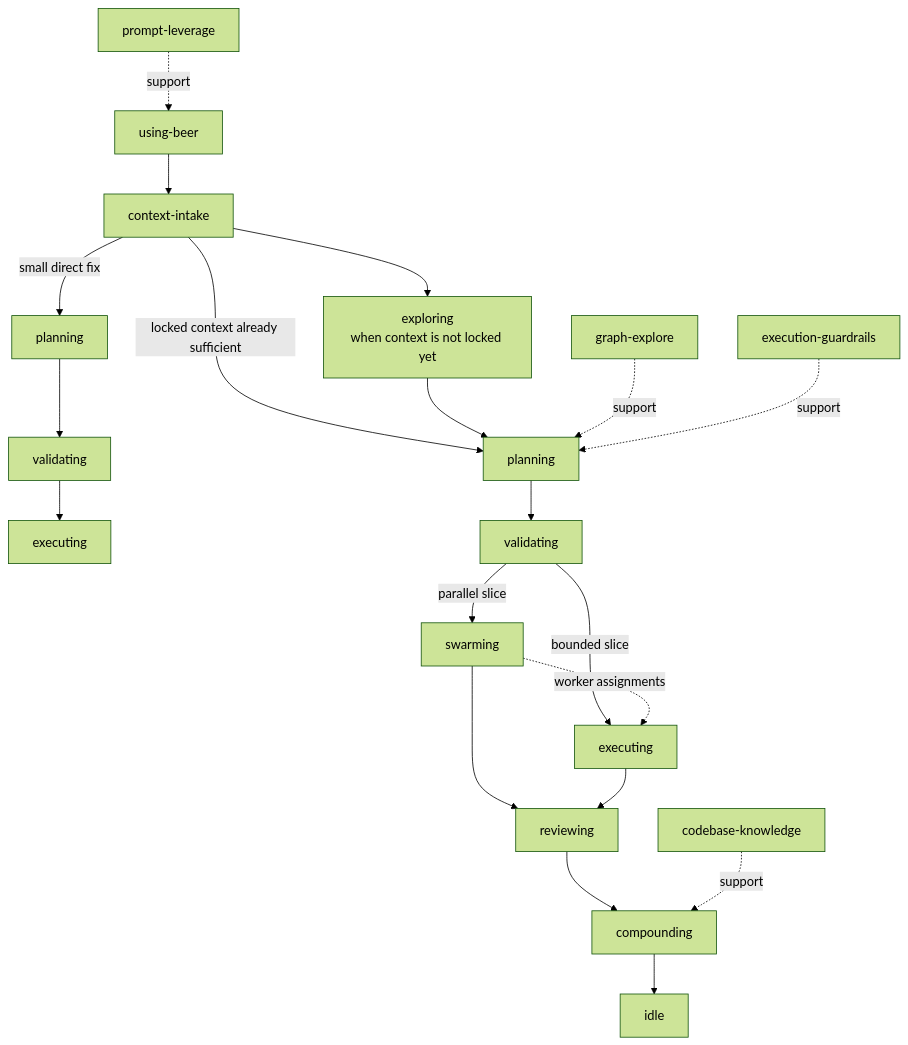
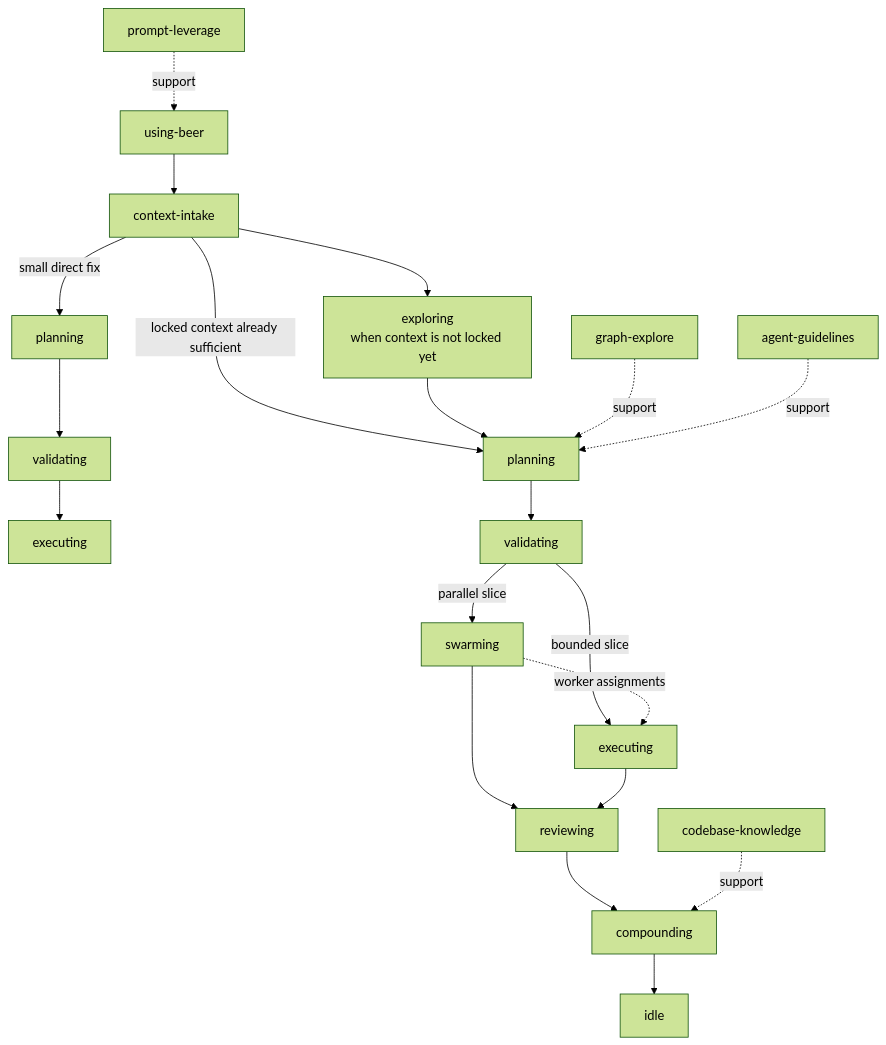
One commit to Huy-04/beer-skills changed the first of 2 diagrams in docs/ecosystem-flow-overview.md. Above: the diagram before and after it, drawn with Mermaid (forest theme). The commit also changed other lines of this file and 31 other files, not shown here.

````diff
--- a/docs/ecosystem-flow-overview.md
+++ b/docs/ecosystem-flow-overview.md
@@ -18,23 +18,23 @@
 ```mermaid
 flowchart TD
     UB[using-beer] --> CI[context-intake]
     CI -->|small direct fix| SP[planning]
     CI -->|locked context already sufficient| PL[planning]
     CI --> EX[exploring<br/>when context is not locked yet]
     SP --> SV[validating]
     SV --> SE[executing]
     EX --> PL
     PL --> VA[validating]
     VA -->|parallel slice| SW[swarming]
     VA -->|bounded slice| EW[executing]
     SW -. worker assignments .-> EW
     SW --> RV[reviewing]
     EW --> RV[reviewing]
     RV --> CO[compounding]
     CO --> IDLE[idle]
 
     GH[graph-explore] -. support .-> PL
     PH[prompt-leverage] -. support .-> UB
     KB[codebase-knowledge] -. support .-> CO
-    EG[execution-guardrails] -. support .-> PL
+    AG[agent-guidelines] -. support .-> PL
 ```
````
